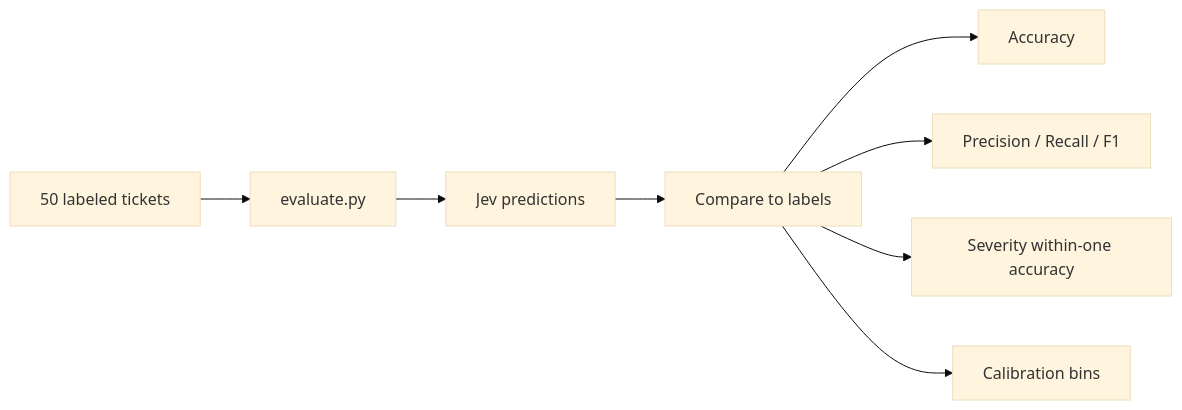
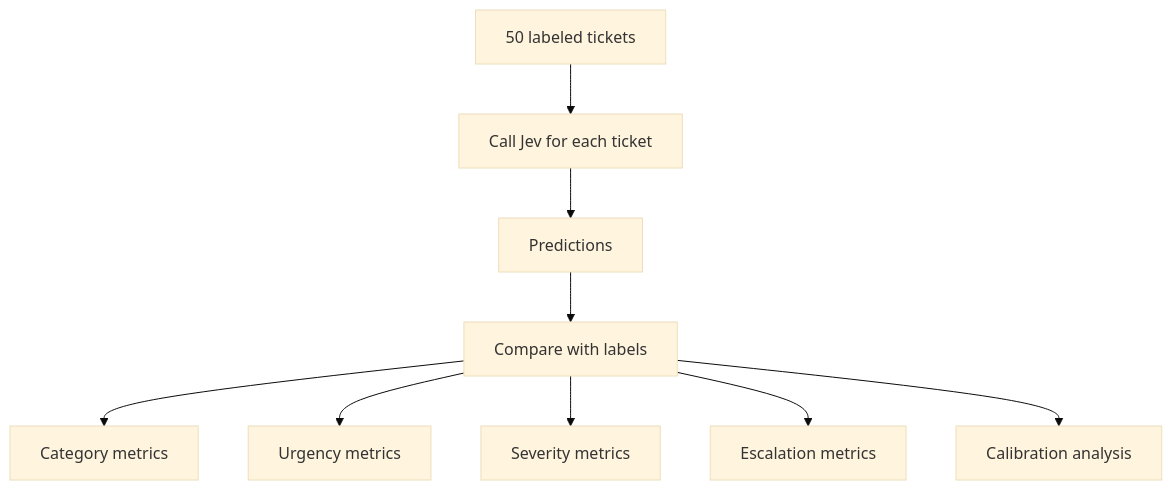
Before and after one commit to mallelamanojkumar90/JevTicket: the seventh of 9 diagrams in README.md, drawn with Mermaid (base theme). The commit also changed other lines of this file, not shown here.

Commit message:
Make README flow-focused

````diff
--- a/README.md
+++ b/README.md
@@ -165,10 +200,11 @@
 ```mermaid
-flowchart LR
-    A[50 labeled tickets] --> B[evaluate.py]
-    B --> C[Jev predictions]
-    C --> D[Compare to labels]
-    D --> E[Accuracy]
-    D --> F[Precision / Recall / F1]
-    D --> G[Severity within-one accuracy]
-    D --> H[Calibration bins]
+flowchart TB
+    A[50 labeled tickets] --> B[Call Jev for each ticket]
+    B --> C[Predictions]
+    C --> D[Compare with labels]
+    D --> E[Category metrics]
+    D --> F[Urgency metrics]
+    D --> G[Severity metrics]
+    D --> H[Escalation metrics]
+    D --> I[Calibration analysis]
 ```
````
